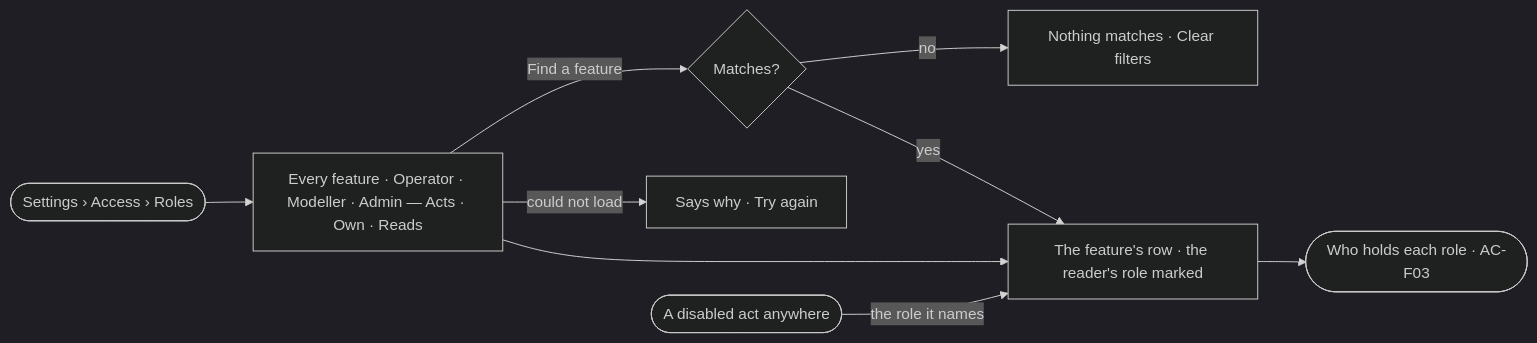
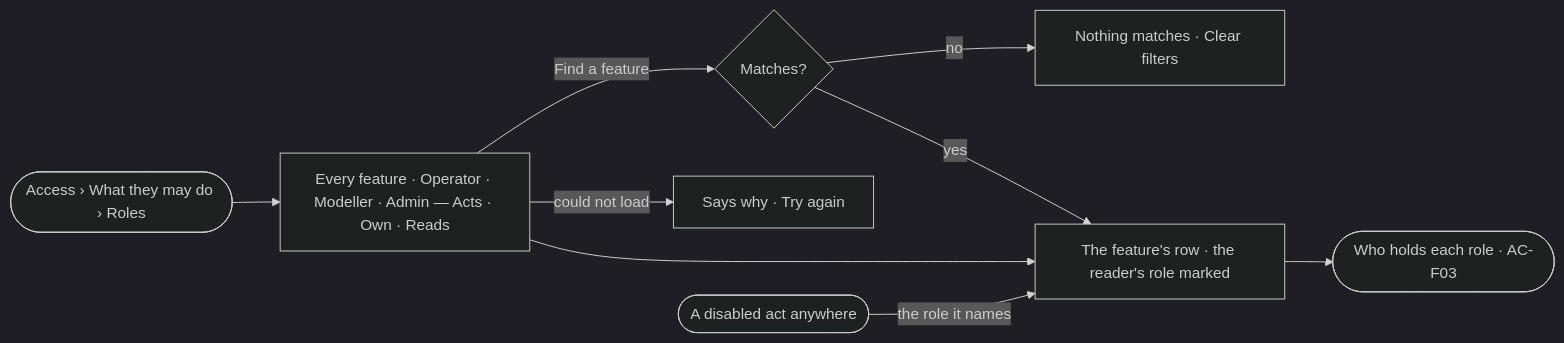
One commit to invana/invana changed the diagram in specs/os/access/features/AC-F02-access-policies/stories/AC-19-read-what-each-role-may-do/story.md. Above: the diagram before and after it, drawn with Mermaid (dark theme). The commit also changed other lines of this file and 133 other files, not shown here.

````diff
--- a/specs/os/access/features/AC-F02-access-policies/stories/AC-19-read-what-each-role-may-do/story.md
+++ b/specs/os/access/features/AC-F02-access-policies/stories/AC-19-read-what-each-role-may-do/story.md
@@ -26,11 +26,11 @@
 ```mermaid
 flowchart LR
-  s([Settings › Access › Roles]) --> t["Every feature · Operator · Modeller · Admin — Acts · Own · Reads"]
+  s([Access › What they may do › Roles]) --> t["Every feature · Operator · Modeller · Admin — Acts · Own · Reads"]
   t -->|Find a feature| f{"Matches?"}
   f -->|no| e["Nothing matches · Clear filters"]
   f -->|yes| row["The feature's row · the reader's role marked"]
   t --> row
   row --> who(["Who holds each role · AC-F03"])
   t -->|could not load| x["Says why · Try again"]
   d([A disabled act anywhere]) -->|the role it names| row
 ```
````
